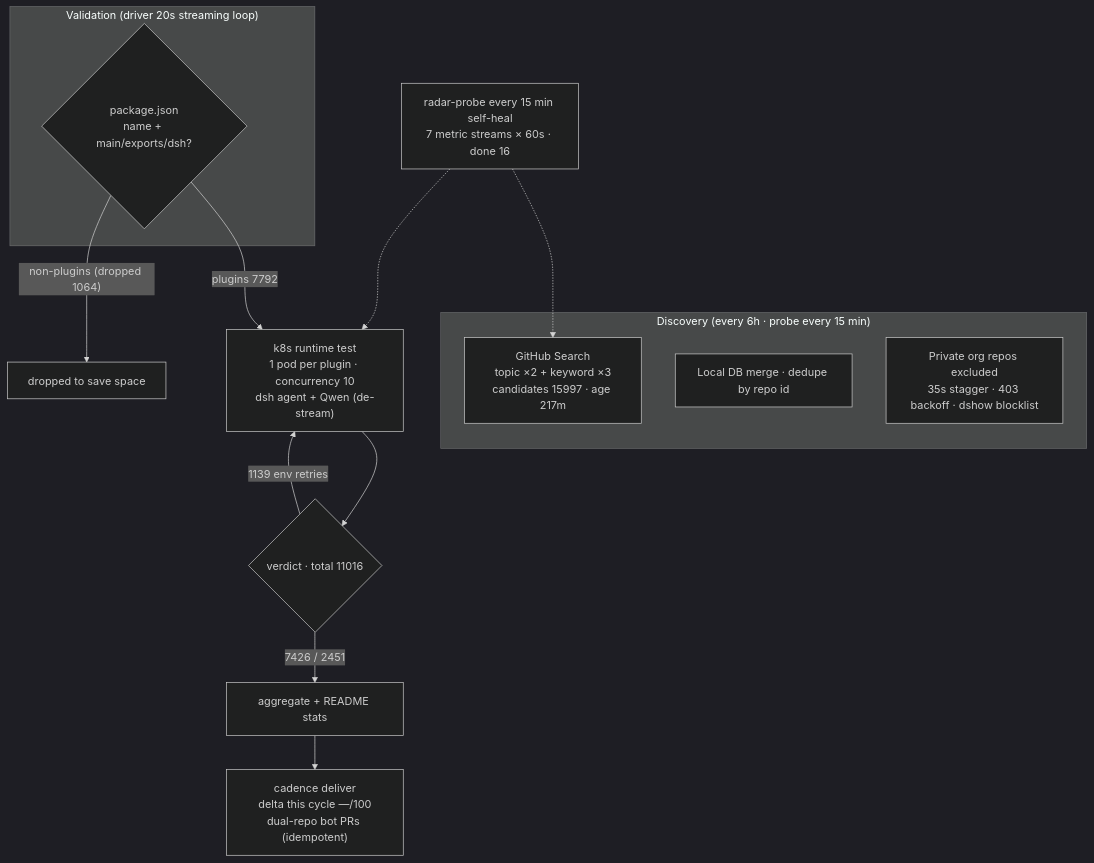
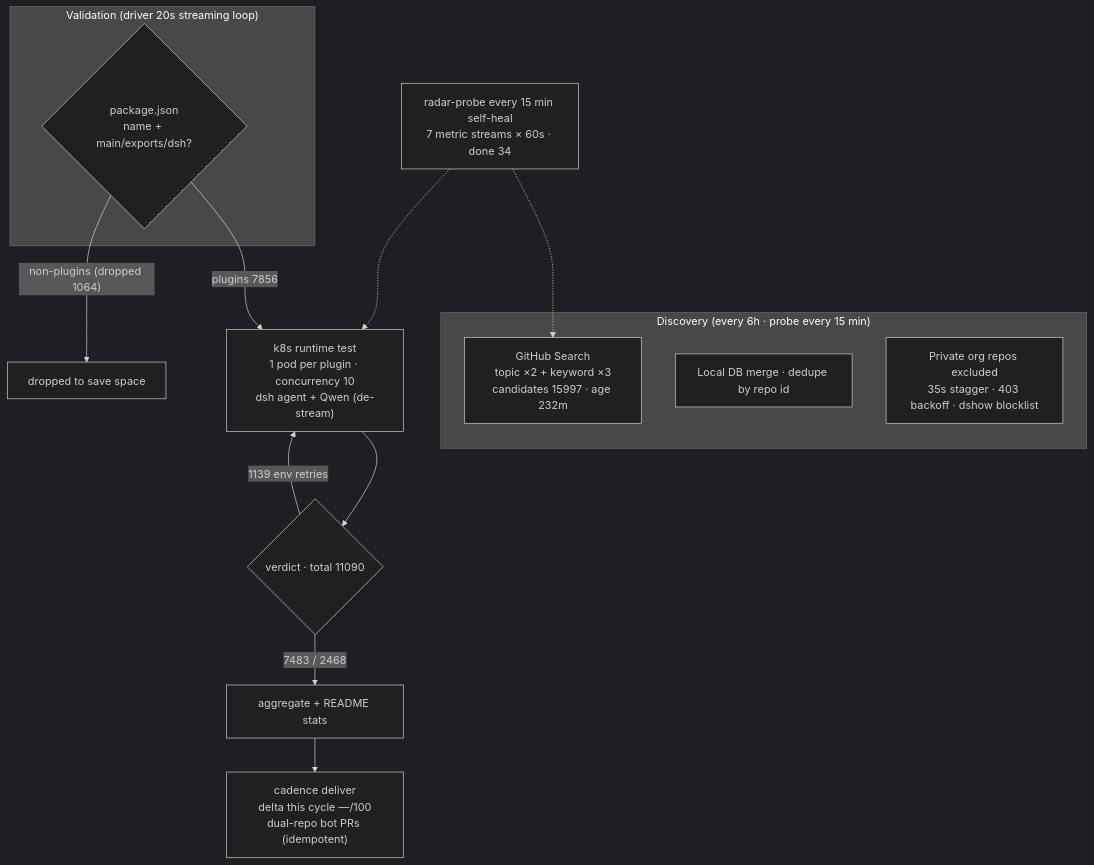
One commit to AdamPlatin123/awesome-dsh-plugins changed the diagram in README.en-US.md. Above: the diagram before and after it, drawn with Mermaid (dark theme). The commit also changed other lines of this file and 4 other files, not shown here.

````diff
--- a/README.en-US.md
+++ b/README.en-US.md
@@ -45,20 +45,20 @@
 ```mermaid
 flowchart TB
     subgraph Discovery["Discovery (every 6h · probe every 15 min)"]
-        A1["GitHub Search<br/>topic ×2 + keyword ×3<br/>candidates 15997 · age 217m"]
+        A1["GitHub Search<br/>topic ×2 + keyword ×3<br/>candidates 15997 · age 232m"]
         A2["Local DB merge · dedupe by repo id"]
         A3["Private org repos excluded<br/>35s stagger · 403 backoff · dshow blocklist"]
     end
     subgraph Validation["Validation (driver 20s streaming loop)"]
         B1{"package.json<br/>name + main/exports/dsh?"}
     end
-    B1 -->|"plugins 7792"| C1["k8s runtime test<br/>1 pod per plugin · concurrency 10<br/>dsh agent + Qwen (de-stream)"]
+    B1 -->|"plugins 7856"| C1["k8s runtime test<br/>1 pod per plugin · concurrency 10<br/>dsh agent + Qwen (de-stream)"]
     B1 -->|"non-plugins (dropped 1064)"| B3["dropped to save space"]
-    C1 --> D1{"verdict · total 11016"}
-    D1 -->|"7426 / 2451"| E1["aggregate + README stats"]
+    C1 --> D1{"verdict · total 11090"}
+    D1 -->|"7483 / 2468"| E1["aggregate + README stats"]
     D1 -->|"1139 env retries"| C1
     E1 --> E2["cadence deliver<br/>delta this cycle —/100<br/>dual-repo bot PRs (idempotent)"]
-    M["radar-probe every 15 min self-heal<br/>7 metric streams × 60s · done 16"]
+    M["radar-probe every 15 min self-heal<br/>7 metric streams × 60s · done 34"]
     M -.-> A1
     M -.-> C1
 ```
````
